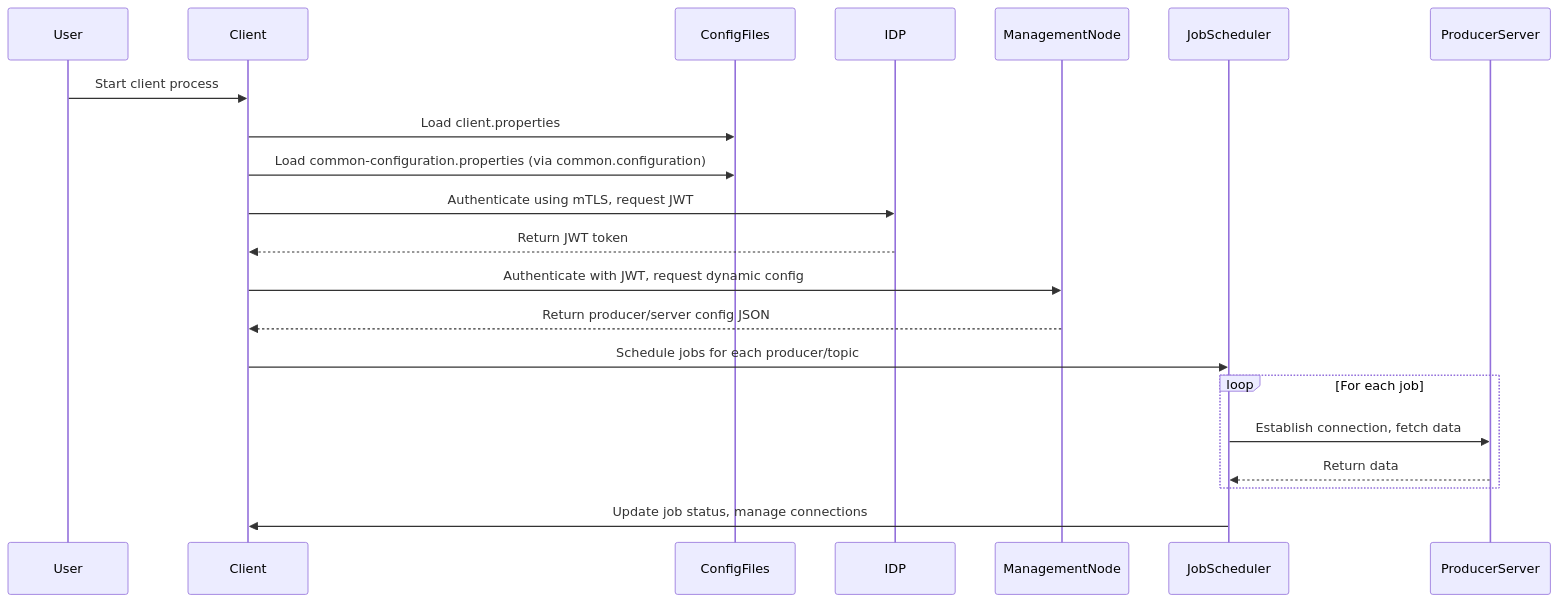
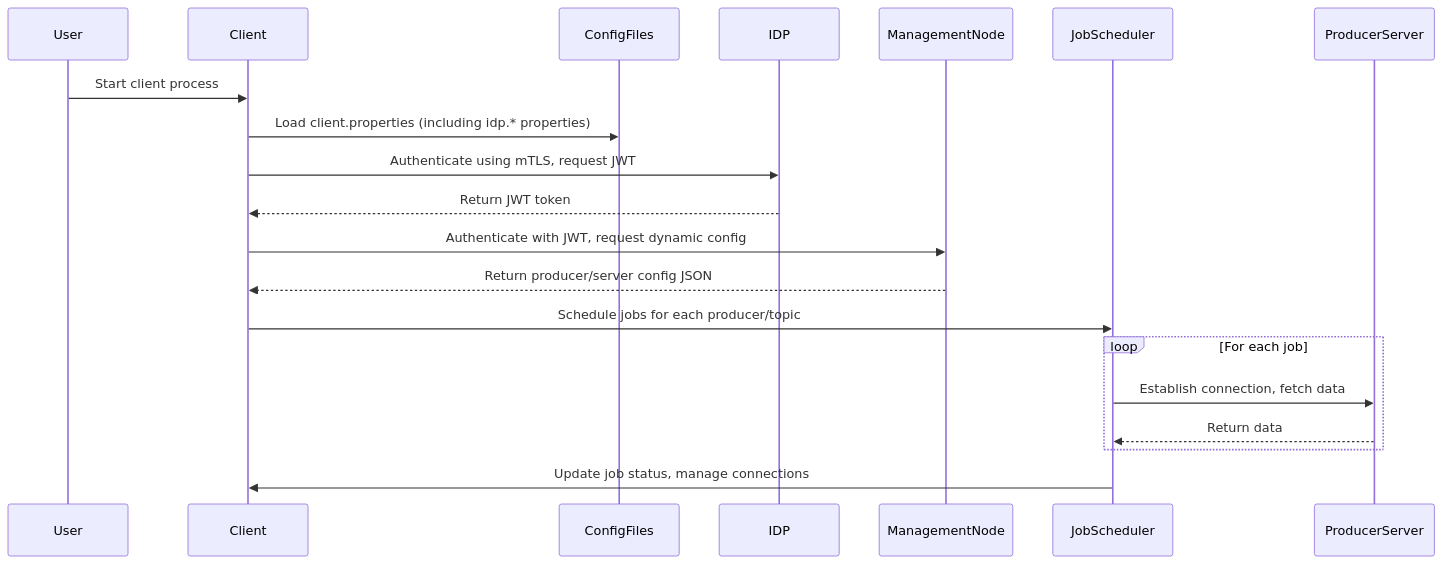
One commit to National-Node-Net/federator changed the first of 2 diagrams in docs/client-configuration.md. Above: the diagram before and after it, drawn with Mermaid. The commit also changed other lines of this file and 73 other files, not shown here.

Commit message:
feat(maintainers):  Remove deprecated `common-configuration.properties` and migrate `idp.*` settings to individual configuration files; update tests, documentation, and Docker templates accordingly.

````diff
--- a/docs/client-configuration.md
+++ b/docs/client-configuration.md
@@ -215,24 +235,23 @@
 ```mermaid
 sequenceDiagram
     participant User
     participant Client
     participant ConfigFiles
     participant IDP
     participant ManagementNode
     participant JobScheduler
     participant ProducerServer
 
     User->>Client: Start client process
-    Client->>ConfigFiles: Load client.properties
-    Client->>ConfigFiles: Load common-configuration.properties (via common.configuration)
+    Client->>ConfigFiles: Load client.properties (including idp.* properties)
     Client->>IDP: Authenticate using mTLS, request JWT
     IDP-->>Client: Return JWT token
     Client->>ManagementNode: Authenticate with JWT, request dynamic config
     ManagementNode-->>Client: Return producer/server config JSON
     Client->>JobScheduler: Schedule jobs for each producer/topic
     loop For each job
         JobScheduler->>ProducerServer: Establish connection, fetch data
         ProducerServer-->>JobScheduler: Return data
     end
     JobScheduler->>Client: Update job status, manage connections
 ```
````
